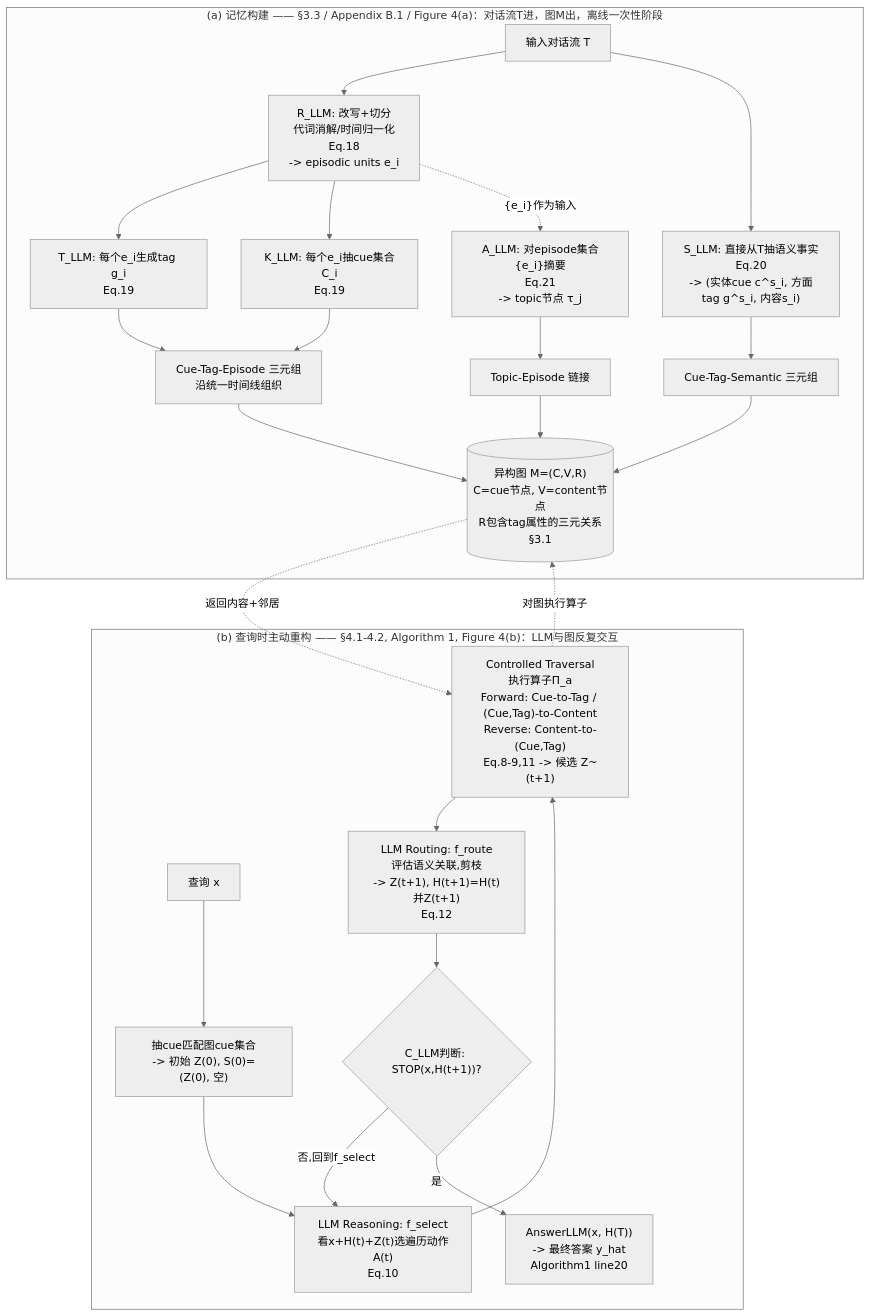
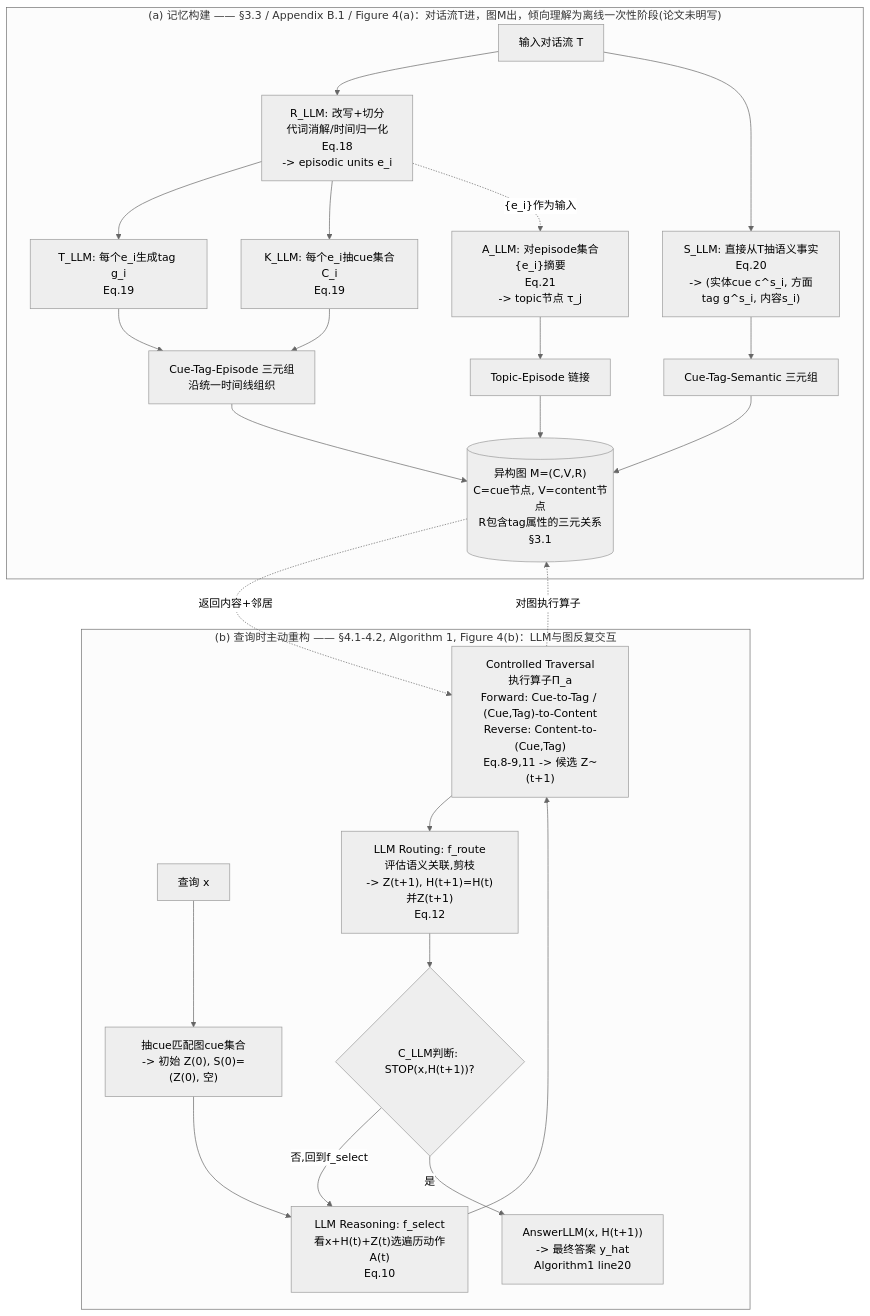
One commit to wafo210715/memory-bench changed the diagram in servers/mragent/paper-architecture.md. Above: the diagram before and after it, drawn with Mermaid (neutral theme). The commit also changed other lines of this file and 25 other files, not shown here.

````diff
--- a/servers/mragent/paper-architecture.md
+++ b/servers/mragent/paper-architecture.md
@@ -45,47 +46,47 @@
 ```mermaid
 flowchart TB
-    subgraph CONSTRUCT["(a) 记忆构建 —— §3.3 / Appendix B.1 / Figure 4(a)：对话流T进，图M出，离线一次性阶段"]
+    subgraph CONSTRUCT["(a) 记忆构建 —— §3.3 / Appendix B.1 / Figure 4(a)：对话流T进，图M出，倾向理解为离线一次性阶段(论文未明写)"]
         T["输入对话流 T"]
         RLLM["R_LLM: 改写+切分<br/>代词消解/时间归一化<br/>Eq.18<br/>-> episodic units e_i"]
         TLLM["T_LLM: 每个e_i生成tag g_i<br/>Eq.19"]
         KLLM["K_LLM: 每个e_i抽cue集合C_i<br/>Eq.19"]
         CTE["Cue-Tag-Episode 三元组<br/>沿统一时间线组织"]
         SLLM["S_LLM: 直接从T抽语义事实<br/>Eq.20<br/>-> (实体cue c^s_i, 方面tag g^s_i, 内容s_i)"]
         CTS["Cue-Tag-Semantic 三元组"]
         ALLM["A_LLM: 对episode集合{e_i}摘要<br/>Eq.21<br/>-> topic节点 τ_j"]
         TOPICLINK["Topic-Episode 链接"]
         GRAPH[("异构图 M=(C,V,R)<br/>C=cue节点, V=content节点<br/>R包含tag属性的三元关系<br/>§3.1")]
 
         T --> RLLM
         RLLM --> TLLM
         RLLM --> KLLM
         TLLM --> CTE
         KLLM --> CTE
         T --> SLLM
         SLLM --> CTS
         RLLM -. "{e_i}作为输入" .-> ALLM
         ALLM --> TOPICLINK
         CTE --> GRAPH
         CTS --> GRAPH
         TOPICLINK --> GRAPH
     end
 
     subgraph RECON["(b) 查询时主动重构 —— §4.1-4.2, Algorithm 1, Figure 4(b)：LLM与图反复交互"]
         X["查询 x"]
         INIT["抽cue匹配图cue集合<br/>-> 初始 Z(0), S(0)=(Z(0), 空)"]
         SELECT["LLM Reasoning: f_select<br/>看x+H(t)+Z(t)选遍历动作A(t)<br/>Eq.10"]
         TRAVERSE["Controlled Traversal<br/>执行算子Π_a<br/>Forward: Cue-to-Tag / (Cue,Tag)-to-Content<br/>Reverse: Content-to-(Cue,Tag)<br/>Eq.8-9,11 -> 候选 Z~(t+1)"]
         ROUTE["LLM Routing: f_route<br/>评估语义关联,剪枝<br/>-> Z(t+1), H(t+1)=H(t)并Z(t+1)<br/>Eq.12"]
         STOPCHECK{"C_LLM判断: STOP(x,H(t+1))?"}
-        ANSWER["AnswerLLM(x, H(T))<br/>-> 最终答案 y_hat<br/>Algorithm1 line20"]
+        ANSWER["AnswerLLM(x, H(t+1))<br/>-> 最终答案 y_hat<br/>Algorithm1 line20"]
 
         X --> INIT --> SELECT
         SELECT --> TRAVERSE
         TRAVERSE -. "对图执行算子" .-> GRAPH
         GRAPH -. "返回内容+邻居" .-> TRAVERSE
         TRAVERSE --> ROUTE
         ROUTE --> STOPCHECK
         STOPCHECK -- "否,回到f_select" --> SELECT
         STOPCHECK -- "是" --> ANSWER
     end
 ```
````
